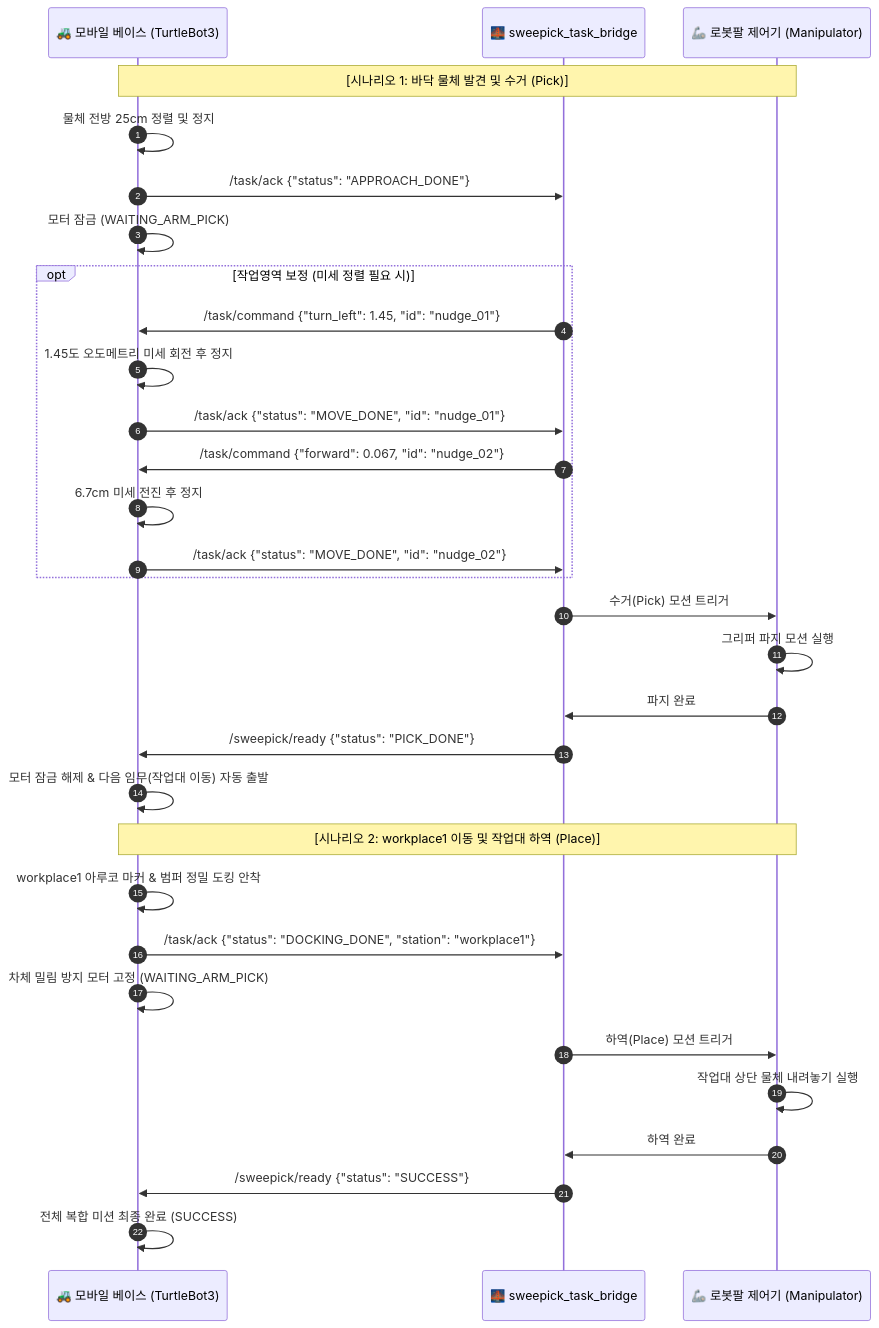
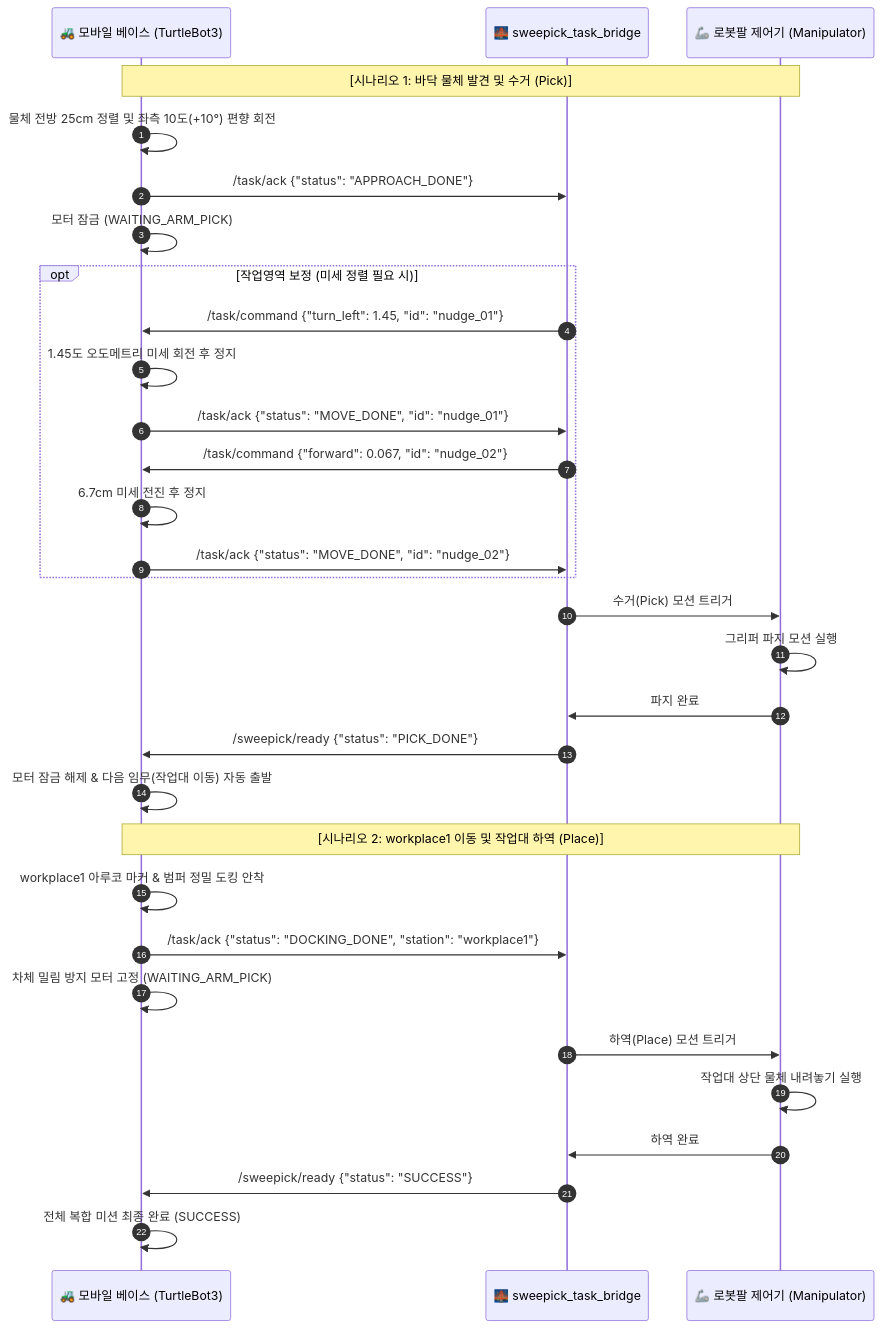
One commit to shouttt1320/Dapier_project_visaul_slam changed the diagram in docs/mobile_manipulation_cooperative_protocol.md. Above: the diagram before and after it, drawn with Mermaid. The commit also changed other lines of this file and 256 other files, not shown here.

````diff
--- a/docs/mobile_manipulation_cooperative_protocol.md
+++ b/docs/mobile_manipulation_cooperative_protocol.md
@@ -11,37 +11,37 @@
 ```mermaid
 sequenceDiagram
     autonumber
     participant Base as 🚜 모바일 베이스 (TurtleBot3)
     participant Bridge as 🌉 sweepick_task_bridge
     participant Arm as 🦾 로봇팔 제어기 (Manipulator)
 
     Note over Base,Arm: [시나리오 1: 바닥 물체 발견 및 수거 (Pick)]
-    Base->>Base: 물체 전방 25cm 정렬 및 정지
+    Base->>Base: 물체 전방 25cm 정렬 및 좌측 10도(+10°) 편향 회전
     Base->>Bridge: /task/ack {"status": "APPROACH_DONE"}
     Base->>Base: 모터 잠금 (WAITING_ARM_PICK)
     
     opt 작업영역 보정 (미세 정렬 필요 시)
         Bridge->>Base: /task/command {"turn_left": 1.45, "id": "nudge_01"}
         Base->>Base: 1.45도 오도메트리 미세 회전 후 정지
         Base->>Bridge: /task/ack {"status": "MOVE_DONE", "id": "nudge_01"}
         Bridge->>Base: /task/command {"forward": 0.067, "id": "nudge_02"}
         Base->>Base: 6.7cm 미세 전진 후 정지
         Base->>Bridge: /task/ack {"status": "MOVE_DONE", "id": "nudge_02"}
     end
 
     Bridge->>Arm: 수거(Pick) 모션 트리거
     Arm->>Arm: 그리퍼 파지 모션 실행
     Arm->>Bridge: 파지 완료
     Bridge->>Base: /sweepick/ready {"status": "PICK_DONE"}
     Base->>Base: 모터 잠금 해제 & 다음 임무(작업대 이동) 자동 출발
 
     Note over Base,Arm: [시나리오 2: workplace1 이동 및 작업대 하역 (Place)]
     Base->>Base: workplace1 아루코 마커 & 범퍼 정밀 도킹 안착
     Base->>Bridge: /task/ack {"status": "DOCKING_DONE", "station": "workplace1"}
     Base->>Base: 차체 밀림 방지 모터 고정 (WAITING_ARM_PICK)
     Bridge->>Arm: 하역(Place) 모션 트리거
     Arm->>Arm: 작업대 상단 물체 내려놓기 실행
     Arm->>Bridge: 하역 완료
     Bridge->>Base: /sweepick/ready {"status": "SUCCESS"}
     Base->>Base: 전체 복합 미션 최종 완료 (SUCCESS)
 ```
````
